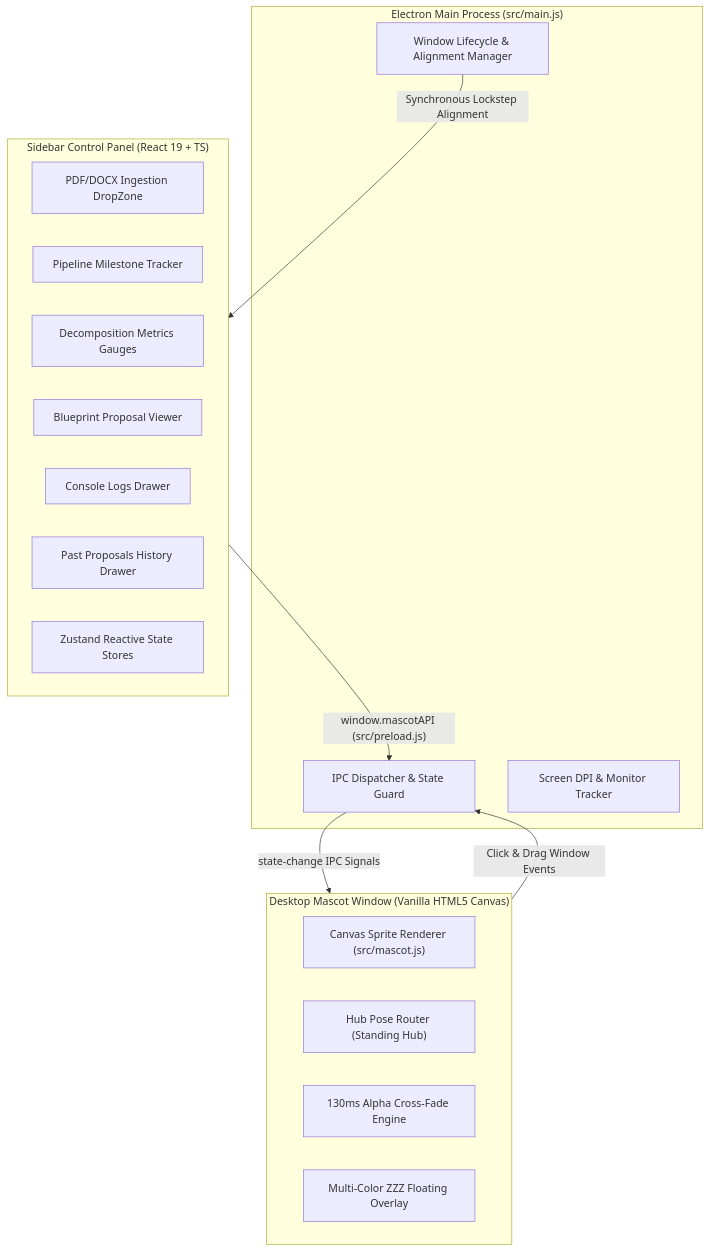
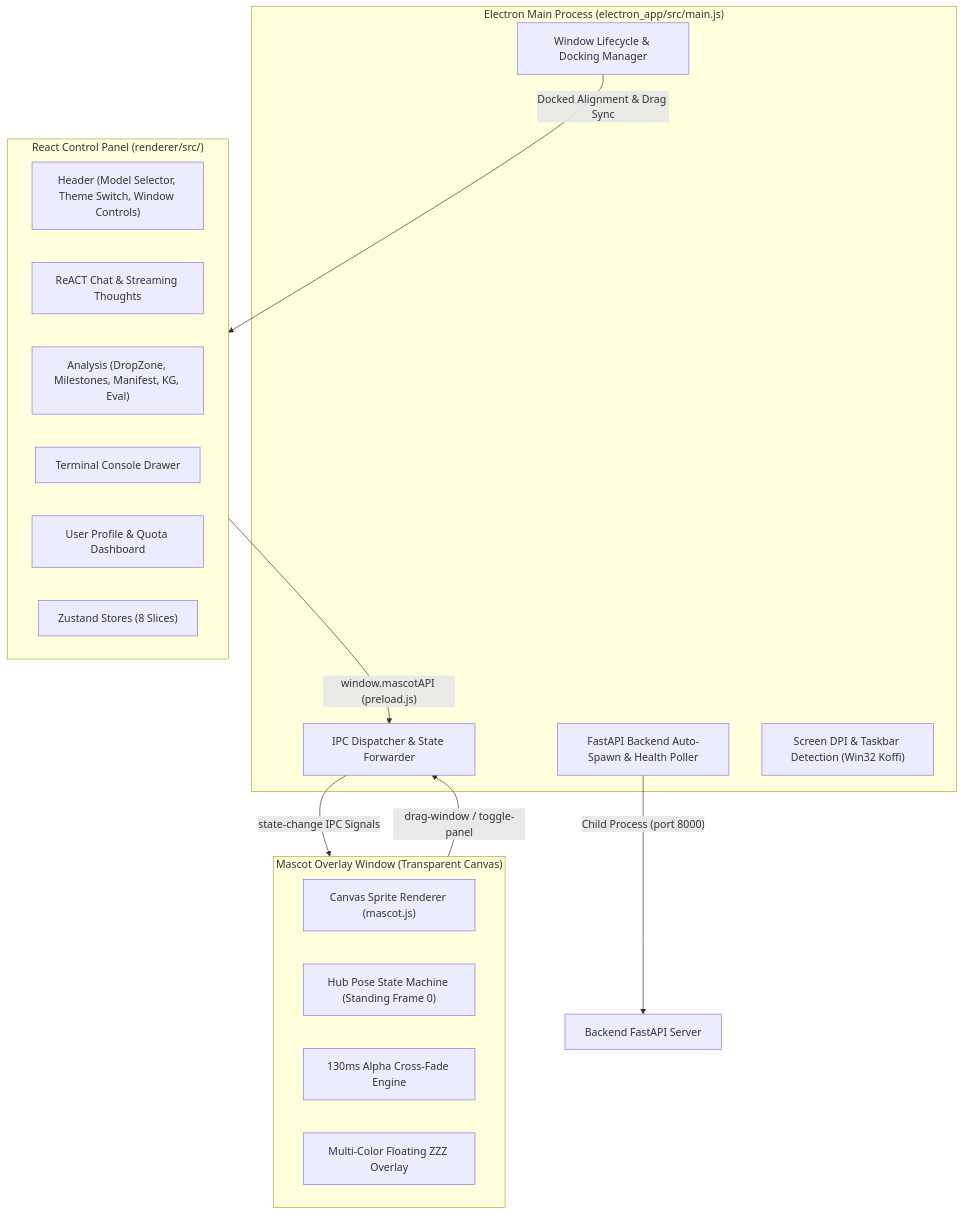
The diagram in frontend/README.md (varunchandra10/Paper-2-Project), drawn with Mermaid before and after one commit. The commit also changed other lines of this file and 671 other files, not shown here.

Commit message:
feat: LangGraph v2 architecture, foot-anchored mascot animations, and clean production build

````diff
--- a/frontend/README.md
+++ b/frontend/README.md
@@ -37,30 +45,31 @@
 ```mermaid
 graph TD
-    subgraph MainProcess ["Electron Main Process (src/main.js)"]
-        WindowManager["Window Lifecycle & Alignment Manager"]
-        IPCBridge["IPC Dispatcher & State Guard"]
-        DisplayTracker["Screen DPI & Monitor Tracker"]
+    subgraph ElectronMain ["Electron Main Process (electron_app/src/main.js)"]
+        WindowManager["Window Lifecycle & Docking Manager"]
+        IPCBridge["IPC Dispatcher & State Forwarder"]
+        BackendSpawn["FastAPI Backend Auto-Spawn & Health Poller"]
+        DisplayTracker["Screen DPI & Taskbar Detection (Win32 Koffi)"]
     end
 
-    subgraph MascotWindow ["Desktop Mascot Window (Vanilla HTML5 Canvas)"]
-        CanvasEngine["Canvas Sprite Renderer (src/mascot.js)"]
-        HubStateMachine["Hub Pose Router (Standing Hub)"]
+    subgraph MascotWindow ["Mascot Overlay Window (Transparent Canvas)"]
+        CanvasEngine["Canvas Sprite Renderer (mascot.js)"]
+        HubStateMachine["Hub Pose State Machine (Standing Frame 0)"]
         AlphaBlend["130ms Alpha Cross-Fade Engine"]
-        ZzzOverlay["Multi-Color ZZZ Floating Overlay"]
+        ZzzOverlay["Multi-Color Floating ZZZ Overlay"]
     end
 
-    subgraph ReactPanel ["Sidebar Control Panel (React 19 + TS)"]
-        DropZoneComp["PDF/DOCX Ingestion DropZone"]
-        MilestoneComp["Pipeline Milestone Tracker"]
-        StatsComp["Decomposition Metrics Gauges"]
-        ReportComp["Blueprint Proposal Viewer"]
-        LogsComp["Console Logs Drawer"]
-        HistoryComp["Past Proposals History Drawer"]
-        ZustandStore["Zustand Reactive State Stores"]
+    subgraph ReactPanel ["React Control Panel (renderer/src/)"]
+        HeaderComp["Header (Model Selector, Theme Switch, Window Controls)"]
+        ChatFeature["ReACT Chat & Streaming Thoughts"]
+        AnalysisFeature["Analysis (DropZone, Milestones, Manifest, KG, Eval)"]
+        LogsFeature["Terminal Console Drawer"]
+        ProfileFeature["User Profile & Quota Dashboard"]
+        ZustandRoot["Zustand Stores (8 Slices)"]
     end
 
-    ReactPanel -- "window.mascotAPI (src/preload.js)" --> IPCBridge
+    ReactPanel -- "window.mascotAPI (preload.js)" --> IPCBridge
     IPCBridge -- "state-change IPC Signals" --> MascotWindow
-    MascotWindow -- "Click & Drag Window Events" --> IPCBridge
-    WindowManager -- "Synchronous Lockstep Alignment" --> ReactPanel
+    MascotWindow -- "drag-window / toggle-panel" --> IPCBridge
+    WindowManager -- "Docked Alignment & Drag Sync" --> ReactPanel
+    BackendSpawn -- "Child Process (port 8000)" --> FastAPIServer["Backend FastAPI Server"]
 ```
````
